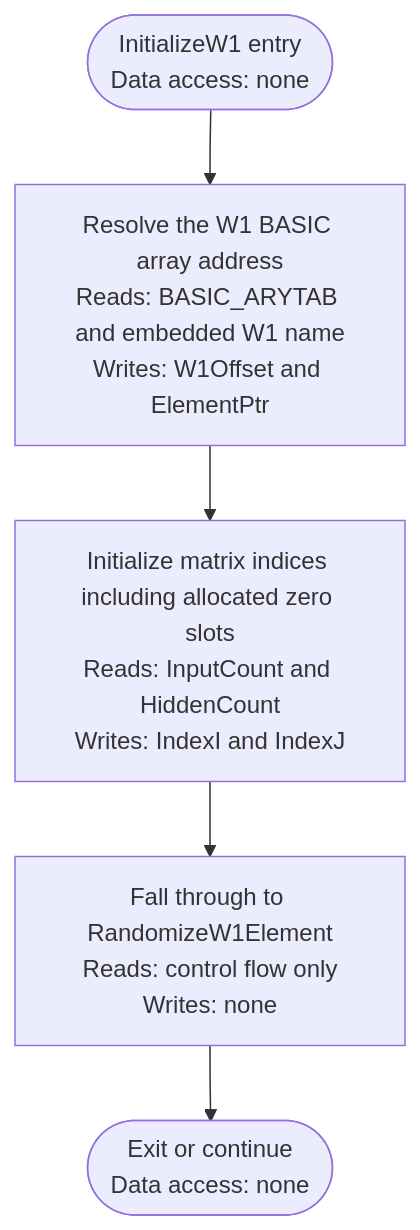
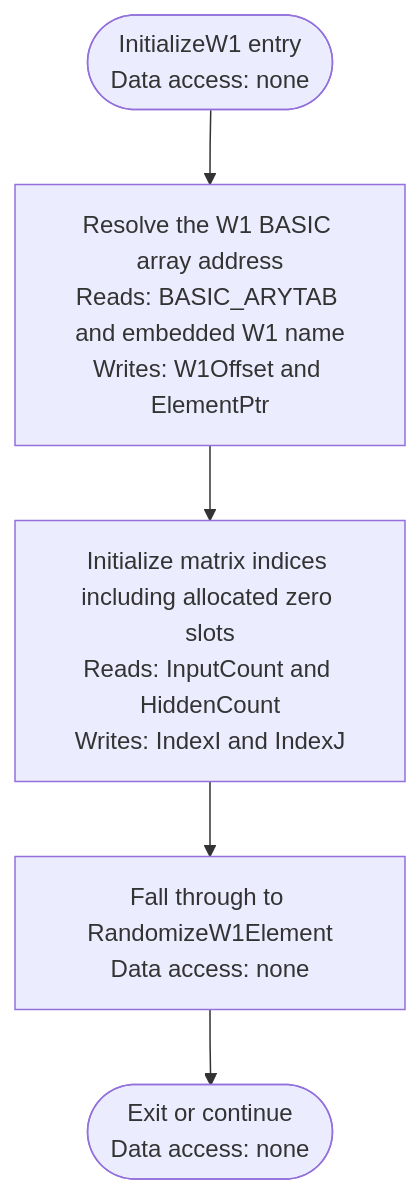
One commit to sharpninja/NeuralNetworks changed diagram 14 of 51 in docs/Diagrams/BP-ML-Activity-Diagrams.md. Above: the diagram before and after it, drawn with Mermaid. The commit also changed other lines of this file and 10 other files, not shown here.

````diff
--- a/docs/Diagrams/BP-ML-Activity-Diagrams.md
+++ b/docs/Diagrams/BP-ML-Activity-Diagrams.md
@@ -362,7 +403,7 @@
 ```mermaid
 flowchart TD
     A(["InitializeW1 entry<br/>Data access: none"]) --> B["Resolve the W1 BASIC array address<br/>Reads: BASIC_ARYTAB and embedded W1 name<br/>Writes: W1Offset and ElementPtr"]
     B --> C["Initialize matrix indices including allocated zero slots<br/>Reads: InputCount and HiddenCount<br/>Writes: IndexI and IndexJ"]
-    C --> D["Fall through to RandomizeW1Element<br/>Reads: control flow only<br/>Writes: none"]
+    C --> D["Fall through to RandomizeW1Element<br/>Data access: none"]
     D --> Z(["Exit or continue<br/>Data access: none"])
 ```
````
